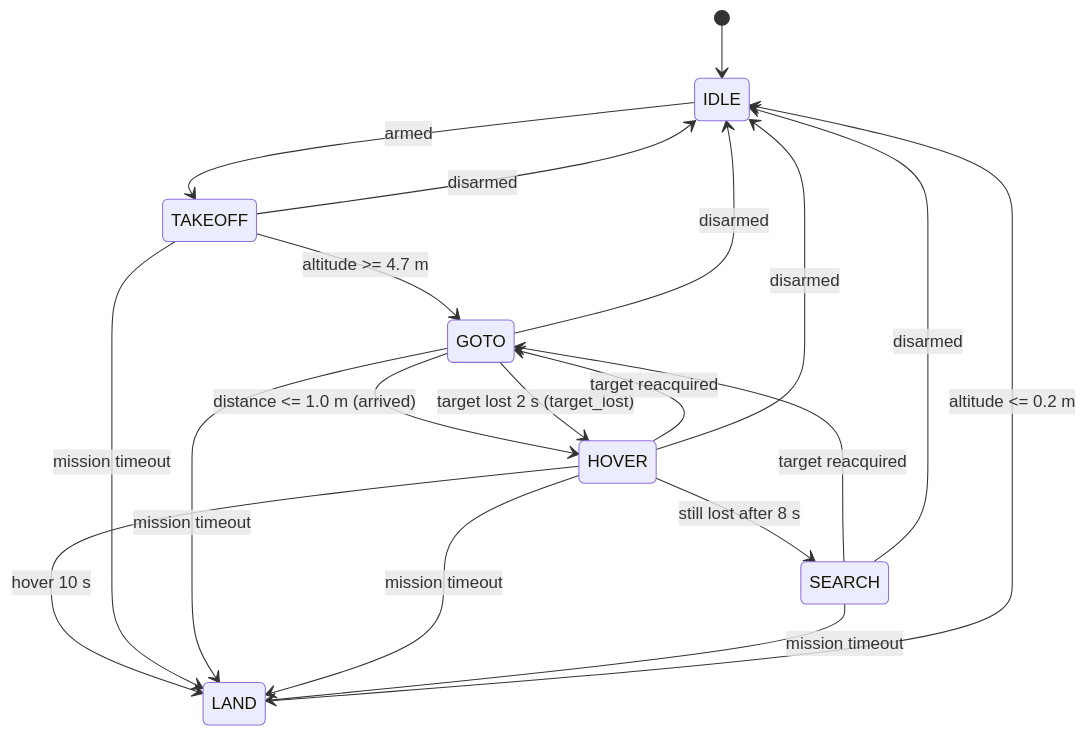
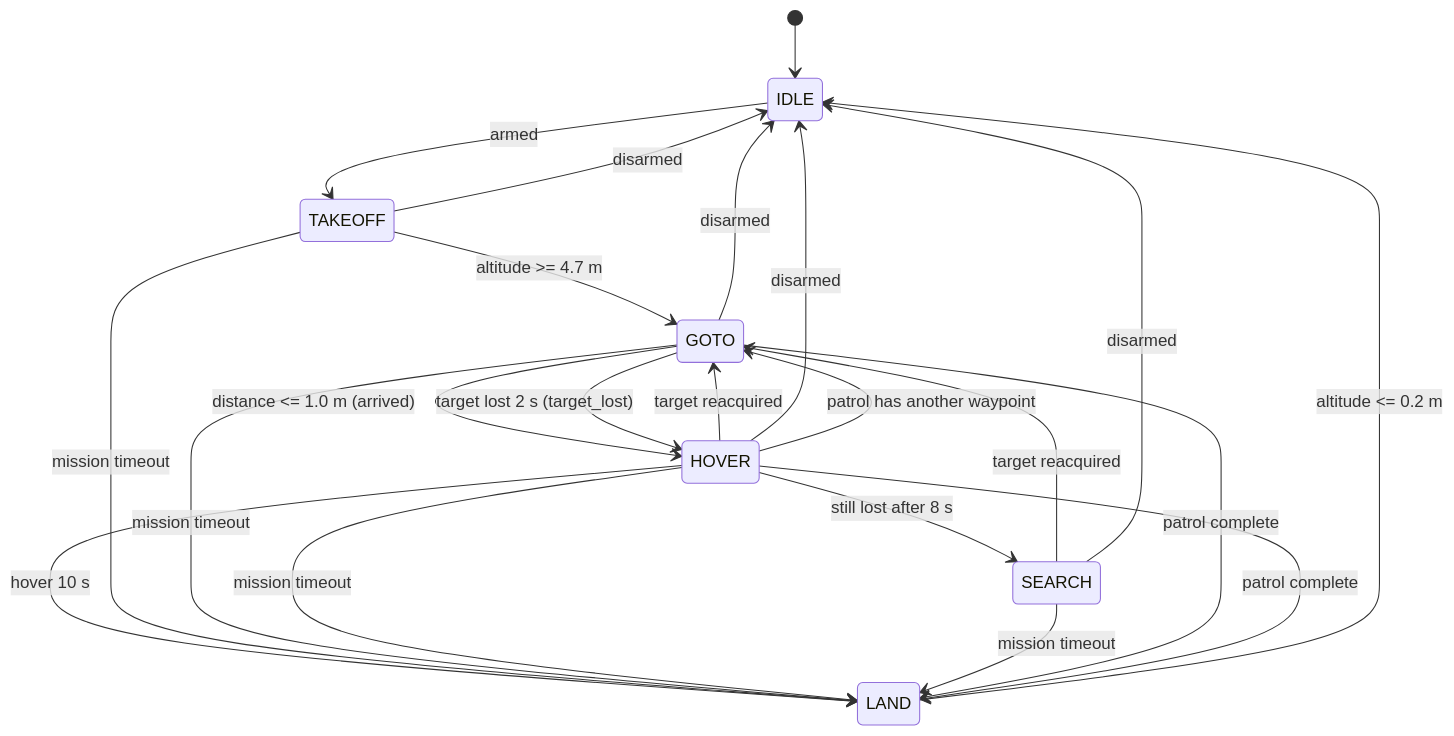
One commit to wuuu854-boop/uav-yolo-offboard-tracking changed the second of 2 diagrams in docs/architecture.md. Above: the diagram before and after it, drawn with Mermaid. The commit also changed other lines of this file and 4 other files, not shown here.

````diff
--- a/docs/architecture.md
+++ b/docs/architecture.md
@@ -72,21 +72,24 @@
 ```mermaid
 stateDiagram-v2
   [*] --> IDLE
   IDLE --> TAKEOFF: armed
   TAKEOFF --> GOTO: altitude >= 4.7 m
   GOTO --> HOVER: distance <= 1.0 m (arrived)
   GOTO --> HOVER: target lost 2 s (target_lost)
   HOVER --> GOTO: target reacquired
   HOVER --> SEARCH: still lost after 8 s
   SEARCH --> GOTO: target reacquired
   HOVER --> LAND: hover 10 s
   LAND --> IDLE: altitude <= 0.2 m
   TAKEOFF --> IDLE: disarmed
   GOTO --> IDLE: disarmed
   HOVER --> IDLE: disarmed
   SEARCH --> IDLE: disarmed
   TAKEOFF --> LAND: mission timeout
   GOTO --> LAND: mission timeout
   HOVER --> LAND: mission timeout
   SEARCH --> LAND: mission timeout
+  HOVER --> GOTO: patrol has another waypoint
+  GOTO --> LAND: patrol complete
+  HOVER --> LAND: patrol complete
 ```
````
